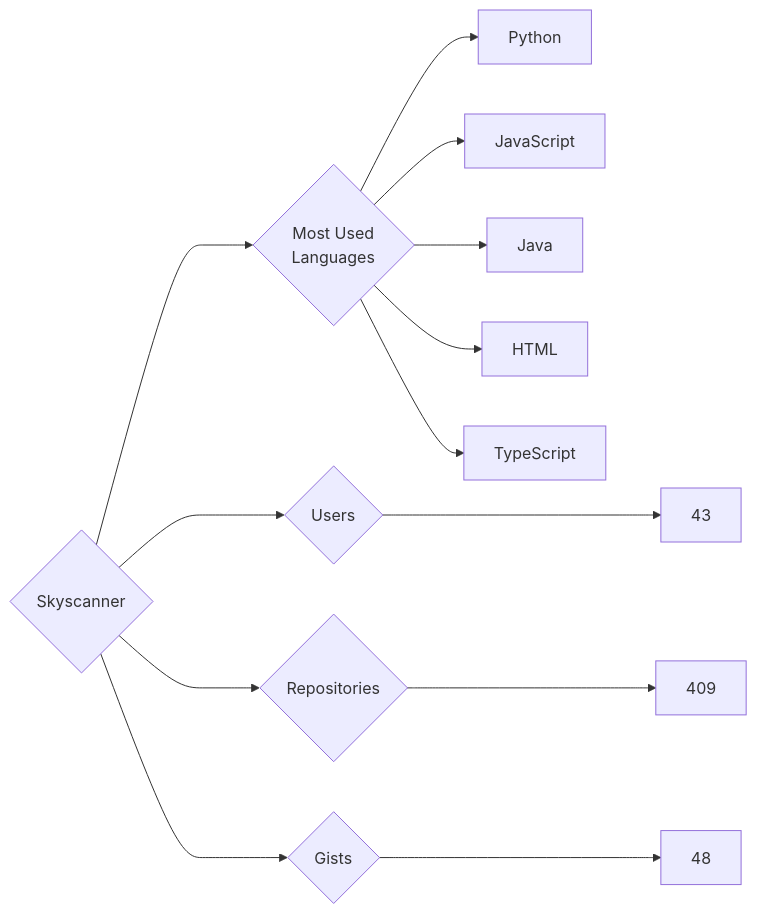
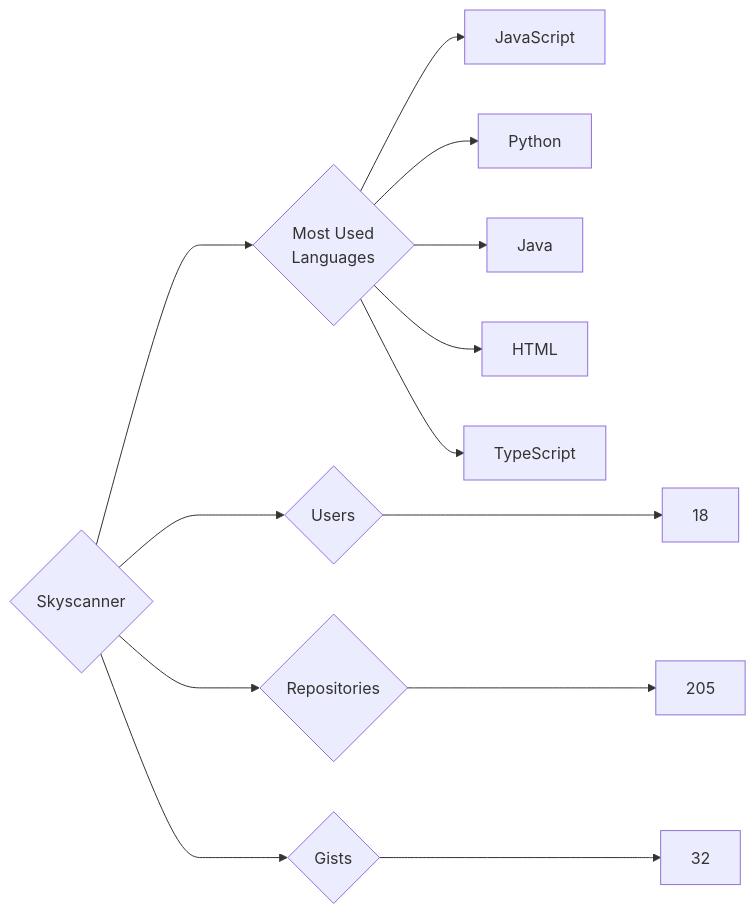
The diagram in targets/Skyscanner/README.md (trickest/insiders), drawn with Mermaid before and after one commit. The commit also changed 815 other files, not shown here.

````diff
--- a/targets/Skyscanner/README.md
+++ b/targets/Skyscanner/README.md
@@ -3,13 +3,13 @@
 ```mermaid
 graph LR
 COMPANY_NAME{Skyscanner}
-COMPANY_NAME ---> U{Users} ---> UN[43]
-COMPANY_NAME ---> R{Repositories} ---> RN[409]
-COMPANY_NAME ---> G{Gists} ---> GN[48]
+COMPANY_NAME ---> U{Users} ---> UN[18]
+COMPANY_NAME ---> R{Repositories} ---> RN[205]
+COMPANY_NAME ---> G{Gists} ---> GN[32]
 COMPANY_NAME ---> ML{Most Used<br>Languages}
+ML --> JavaScript[JavaScript]
 ML --> Python[Python]
-ML --> JavaScript[JavaScript]
 ML --> Java[Java]
 ML --> HTML[HTML]
 ML --> TypeScript[TypeScript]
 ```
````
